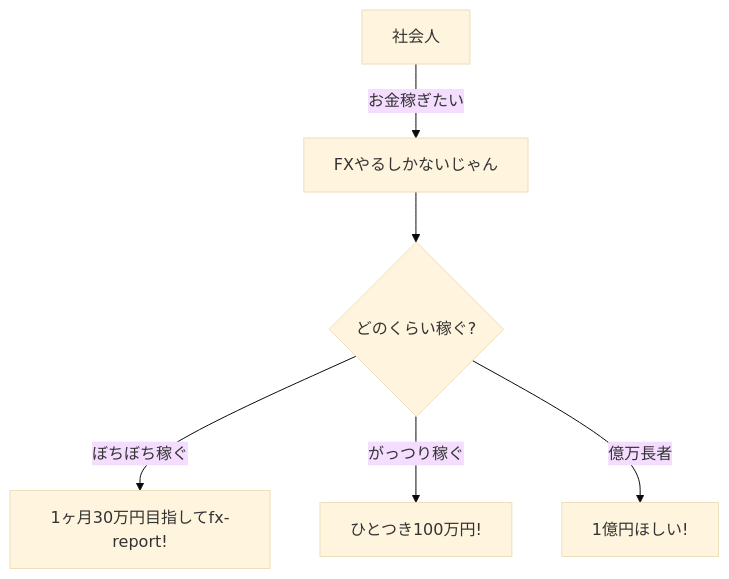
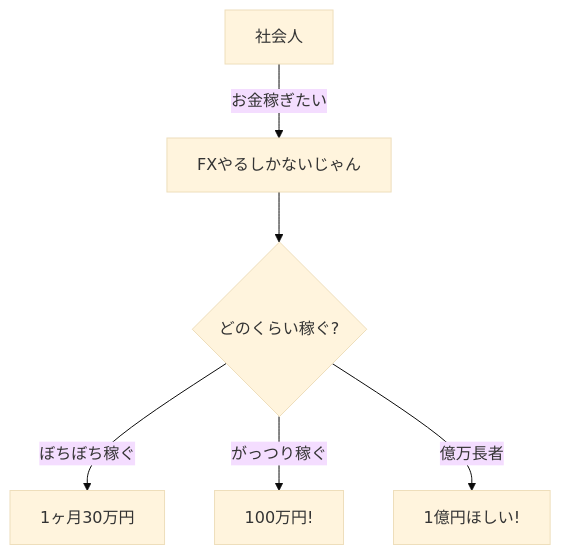
Before and after one commit to Eigo-Mt-Fuji/fx-report: the diagram in README.md, drawn with Mermaid (base theme).

````diff
--- a/README.md
+++ b/README.md
@@ -10,8 +10,8 @@
 ```mermaid
 graph TD
     A[社会人] -->|お金稼ぎたい| B[FXやるしかないじゃん]
     B --> C{どのくらい稼ぐ?}
-    C -->|ぼちぼち稼ぐ| D[1ヶ月30万円目指してfx-report!]
-    C -->|がっつり稼ぐ| E[ひとつき100万円!]
+    C -->|ぼちぼち稼ぐ| D[1ヶ月30万円]
+    C -->|がっつり稼ぐ| E[100万円!]
     C -->|億万長者| F[1億円ほしい!]
 ```
````
